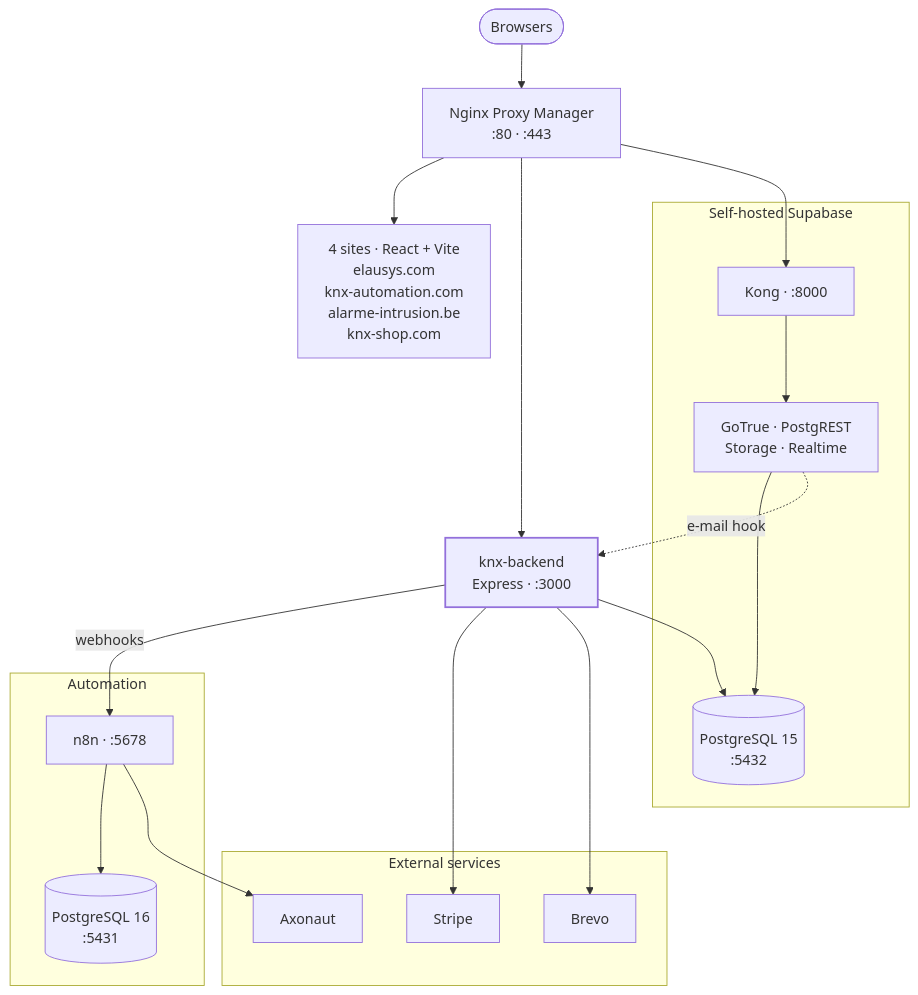
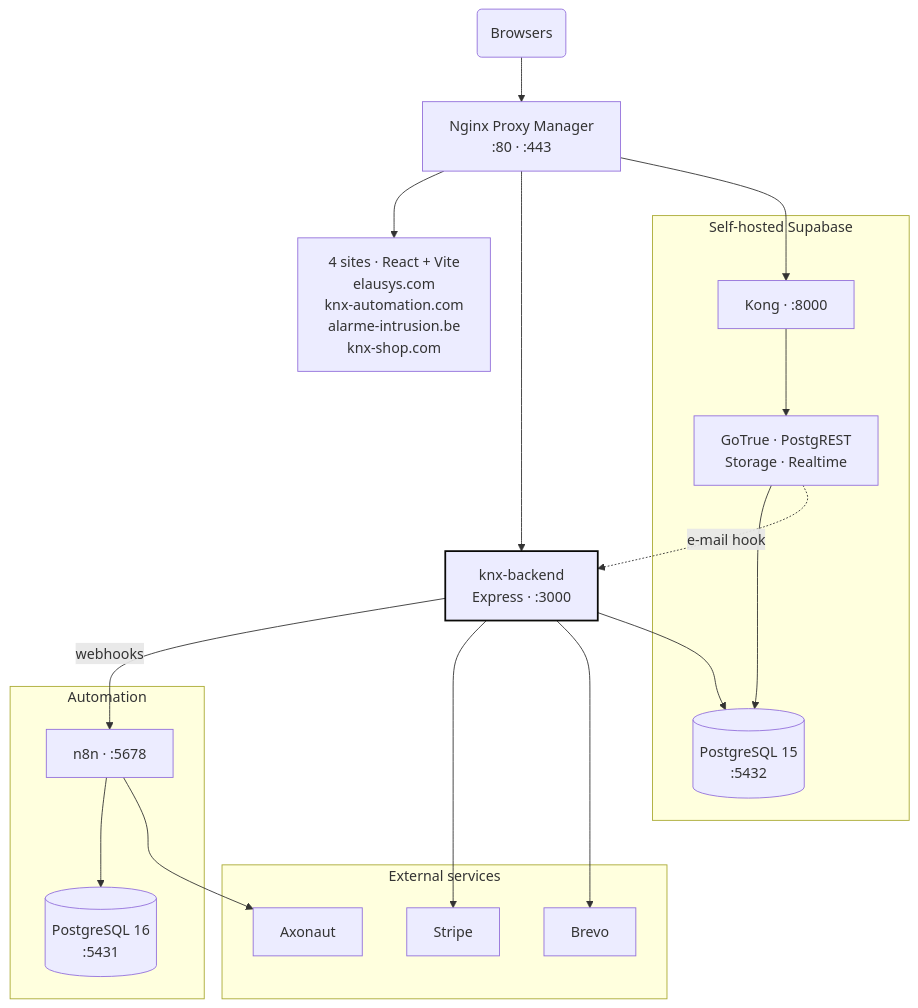
One commit to Gillian-Delvigne/gilliandelvigne.be changed the diagram in diagrams/elausys-architecture.mmd. Above: the diagram before and after it, drawn with Mermaid. The commit also changed 5 other files, not shown here.

Commit message:
[IMP] diagrams: theme the SVG with the site's CSS variables

```diff
--- a/diagrams/elausys-architecture.mmd
+++ b/diagrams/elausys-architecture.mmd
@@ -1,43 +1,43 @@
 flowchart TB
     accTitle: Elausys architecture
     accDescr: A single entry point, Nginx Proxy Manager, routes traffic to four React sites, the Express API and a self-hosted Supabase. The API handles the database, e-mails, payments and, through n8n, the CRM sync.
 
-    U(["Browsers"])
+    U("Browsers")
     NPM["Nginx Proxy Manager<br/>:80 · :443"]
 
     SITES["4 sites · React + Vite<br/>elausys.com<br/>knx-automation.com<br/>alarme-intrusion.be<br/>knx-shop.com"]
 
     API["knx-backend<br/>Express · :3000"]
 
     subgraph SUPA["Self-hosted Supabase"]
         KONG["Kong · :8000"]
         SVC["GoTrue · PostgREST<br/>Storage · Realtime"]
         PG[("PostgreSQL 15<br/>:5432")]
     end
 
     subgraph AUTO["Automation"]
         N8N["n8n · :5678"]
         N8NDB[("PostgreSQL 16<br/>:5431")]
     end
 
     subgraph EXT["External services"]
         STRIPE["Stripe"]
         BREVO["Brevo"]
         AXO["Axonaut"]
     end
 
     U --> NPM
     NPM --> SITES
     NPM --> API
     NPM --> KONG
     KONG --> SVC
     SVC --> PG
     SVC -. "e-mail hook" .-> API
     API --> PG
     API -->|webhooks| N8N
     API --> STRIPE & BREVO
     N8N --> N8NDB
     N8N --> AXO
 
-    classDef accent stroke-width:2px
+    classDef accent stroke:#0a0a08,stroke-width:2px
     class API accent
```
